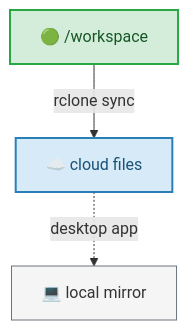
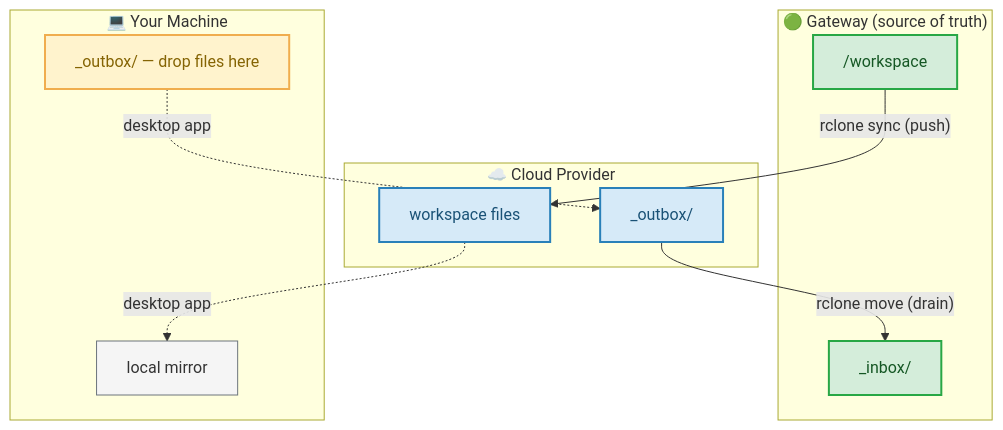
The first of 3 diagrams in README.md (ashbrener/openclaw-workspace-sync), drawn with Mermaid before and after one commit. The commit also changed other lines of this file, not shown here.

Commit message:
fix: reunify mailbox diagram as single TB with subgraphs

````diff
--- a/README.md
+++ b/README.md
@@ -46,11 +44,32 @@
 ```mermaid
 flowchart TB
-    WS["🟢 /workspace"] -- "rclone sync" --> CF["☁️ cloud files"] -. "desktop app" .-> LM["💻 local mirror"]
+    subgraph GW["🟢 Gateway (source of truth)"]
+        WS["/workspace"]
+        INBOX["_inbox/"]
+    end
+
+    subgraph CLOUD["☁️ Cloud Provider"]
+        CF["workspace files"]
+        OUTBOX_C["_outbox/"]
+    end
+
+    subgraph LOCAL["💻 Your Machine"]
+        LM["local mirror"]
+        OUTBOX_L["_outbox/ — drop files here"]
+    end
+
+    WS -- "rclone sync (push)" --> CF
+    CF -. "desktop app" .-> LM
+    OUTBOX_L -. "desktop app" .-> OUTBOX_C
+    OUTBOX_C -- "rclone move (drain)" --> INBOX
 
     classDef gateway fill:#d4edda,stroke:#28a745,stroke-width:2px,color:#155724
     classDef cloud fill:#d6eaf8,stroke:#2980b9,stroke-width:2px,color:#1a5276
     classDef local fill:#f5f5f5,stroke:#6c757d,stroke-width:1px,color:#333
-    class WS gateway
-    class CF cloud
+    classDef exchange fill:#fff3cd,stroke:#f0ad4e,stroke-width:2px,color:#856404
+
+    class WS,INBOX gateway
+    class CF,OUTBOX_C cloud
     class LM local
+    class OUTBOX_L exchange
 ```
````
